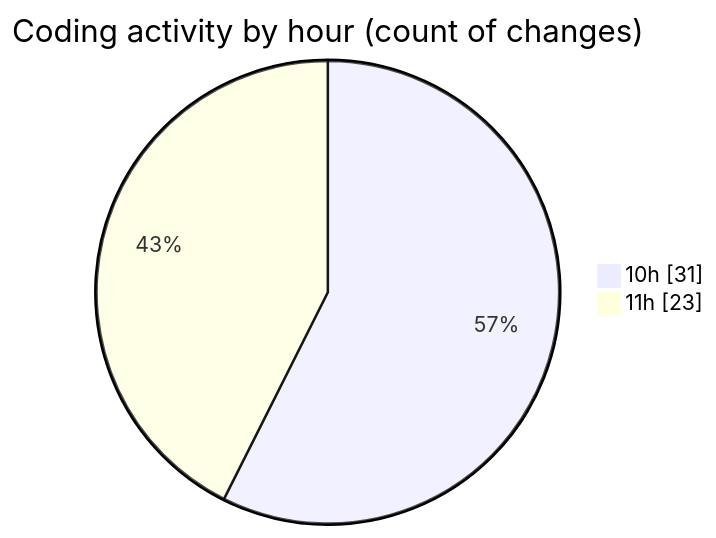
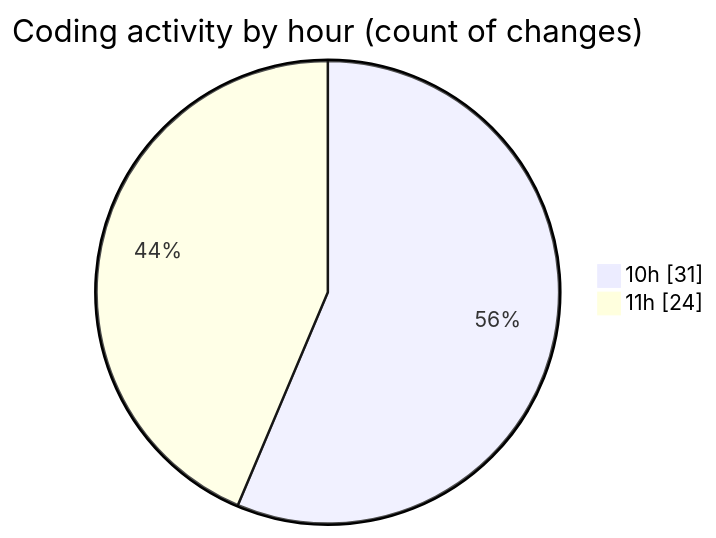
Before and after one commit to momahboobian/code-tracking: the second of 2 diagrams in 2026-03-25/cda/README.md, drawn with Mermaid. The commit also changed other lines of this file and 1 other file, not shown here.

````diff
--- a/2026-03-25/cda/README.md
+++ b/2026-03-25/cda/README.md
@@ -30,6 +30,6 @@
 ```mermaid
 pie showData
 title Coding activity by hour (count of changes)
 "10h" : 31
-"11h" : 23
+"11h" : 24
 ```
````
